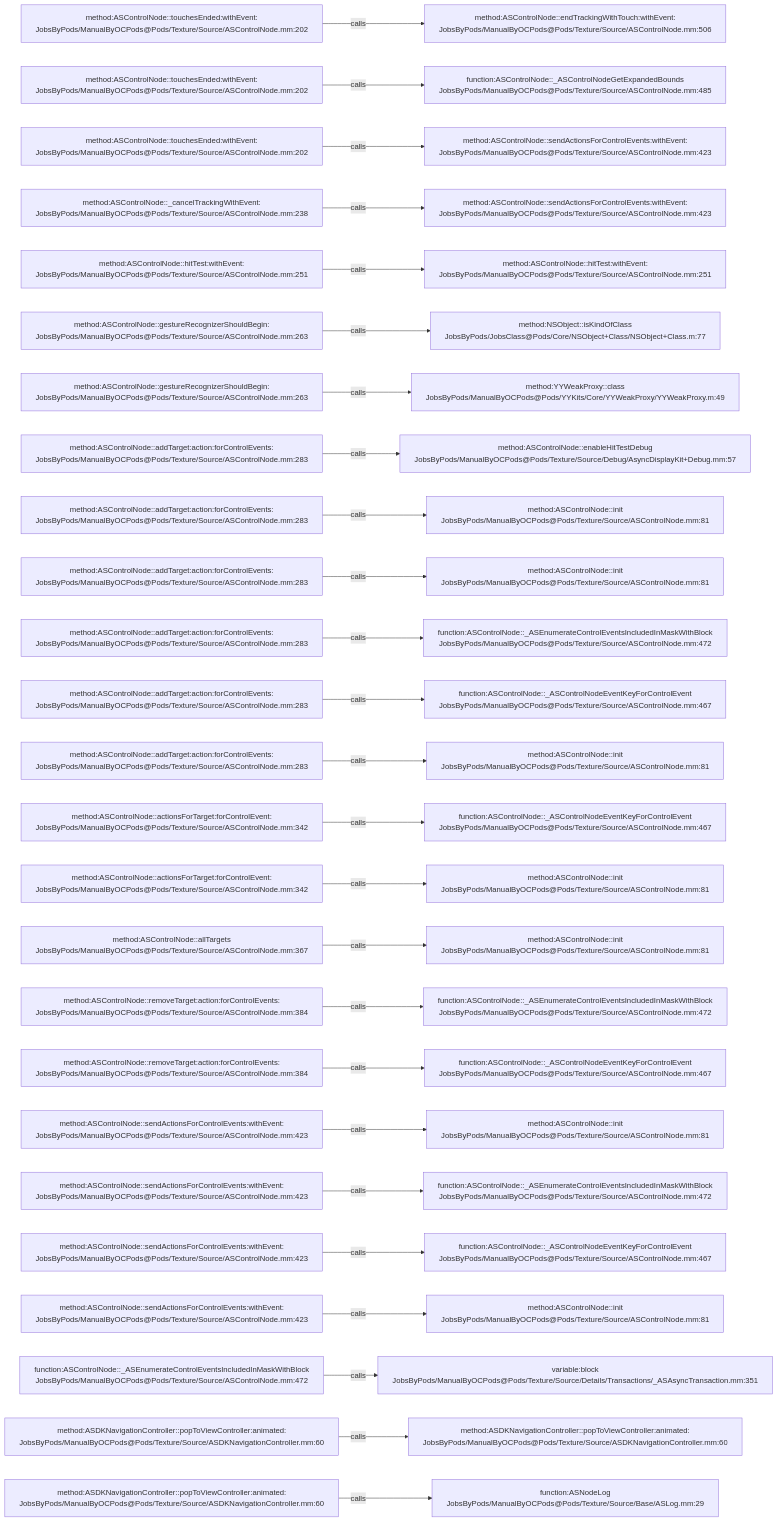
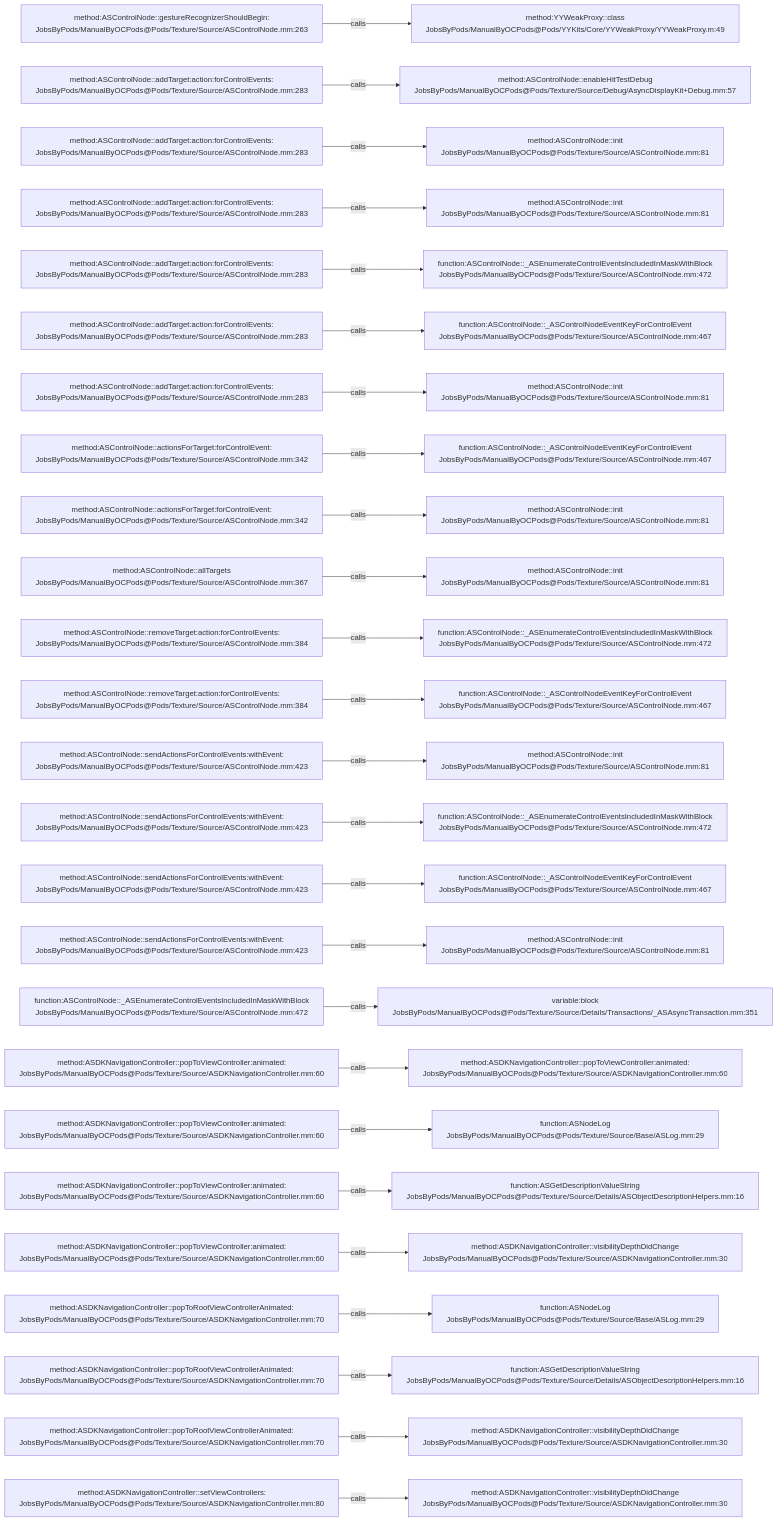
The diagram in .codegraph/codegraph.md/graphs/calls-079.md (JobsKits/JobsOCBaseConfigDemo), drawn with Mermaid before and after one commit. The commit also changed 666 other files, not shown here.

````diff
--- a/.codegraph/codegraph.md/graphs/calls-079.md
+++ b/.codegraph/codegraph.md/graphs/calls-079.md
@@ -13,78 +13,78 @@
 ```mermaid
 flowchart LR
-  S1["method:ASControlNode::touchesEnded:withEvent:<br/>JobsByPods/ManualByOCPods@Pods/Texture/Source/ASControlNode.mm:202"]
-  T1["method:ASControlNode::endTrackingWithTouch:withEvent:<br/>JobsByPods/ManualByOCPods@Pods/Texture/Source/ASControlNode.mm:506"]
+  S1["method:ASControlNode::gestureRecognizerShouldBegin:<br/>JobsByPods/ManualByOCPods@Pods/Texture/Source/ASControlNode.mm:263"]
+  T1["method:YYWeakProxy::class<br/>JobsByPods/ManualByOCPods@Pods/YYKits/Core/YYWeakProxy/YYWeakProxy.m:49"]
   S1 -->|calls| T1
-  S2["method:ASControlNode::touchesEnded:withEvent:<br/>JobsByPods/ManualByOCPods@Pods/Texture/Source/ASControlNode.mm:202"]
-  T2["function:ASControlNode::_ASControlNodeGetExpandedBounds<br/>JobsByPods/ManualByOCPods@Pods/Texture/Source/ASControlNode.mm:485"]
+  S2["method:ASControlNode::addTarget:action:forControlEvents:<br/>JobsByPods/ManualByOCPods@Pods/Texture/Source/ASControlNode.mm:283"]
+  T2["method:ASControlNode::enableHitTestDebug<br/>JobsByPods/ManualByOCPods@Pods/Texture/Source/Debug/AsyncDisplayKit+Debug.mm:57"]
   S2 -->|calls| T2
-  S3["method:ASControlNode::touchesEnded:withEvent:<br/>JobsByPods/ManualByOCPods@Pods/Texture/Source/ASControlNode.mm:202"]
-  T3["method:ASControlNode::sendActionsForControlEvents:withEvent:<br/>JobsByPods/ManualByOCPods@Pods/Texture/Source/ASControlNode.mm:423"]
+  S3["method:ASControlNode::addTarget:action:forControlEvents:<br/>JobsByPods/ManualByOCPods@Pods/Texture/Source/ASControlNode.mm:283"]
+  T3["method:ASControlNode::init<br/>JobsByPods/ManualByOCPods@Pods/Texture/Source/ASControlNode.mm:81"]
   S3 -->|calls| T3
-  S4["method:ASControlNode::_cancelTrackingWithEvent:<br/>JobsByPods/ManualByOCPods@Pods/Texture/Source/ASControlNode.mm:238"]
-  T4["method:ASControlNode::sendActionsForControlEvents:withEvent:<br/>JobsByPods/ManualByOCPods@Pods/Texture/Source/ASControlNode.mm:423"]
+  S4["method:ASControlNode::addTarget:action:forControlEvents:<br/>JobsByPods/ManualByOCPods@Pods/Texture/Source/ASControlNode.mm:283"]
+  T4["method:ASControlNode::init<br/>JobsByPods/ManualByOCPods@Pods/Texture/Source/ASControlNode.mm:81"]
   S4 -->|calls| T4
-  S5["method:ASControlNode::hitTest:withEvent:<br/>JobsByPods/ManualByOCPods@Pods/Texture/Source/ASControlNode.mm:251"]
-  T5["method:ASControlNode::hitTest:withEvent:<br/>JobsByPods/ManualByOCPods@Pods/Texture/Source/ASControlNode.mm:251"]
+  S5["method:ASControlNode::addTarget:action:forControlEvents:<br/>JobsByPods/ManualByOCPods@Pods/Texture/Source/ASControlNode.mm:283"]
+  T5["function:ASControlNode::_ASEnumerateControlEventsIncludedInMaskWithBlock<br/>JobsByPods/ManualByOCPods@Pods/Texture/Source/ASControlNode.mm:472"]
   S5 -->|calls| T5
-  S6["method:ASControlNode::gestureRecognizerShouldBegin:<br/>JobsByPods/ManualByOCPods@Pods/Texture/Source/ASControlNode.mm:263"]
-  T6["method:NSObject::isKindOfClass<br/>JobsByPods/JobsClass@Pods/Core/NSObject+Class/NSObject+Class.m:77"]
+  S6["method:ASControlNode::addTarget:action:forControlEvents:<br/>JobsByPods/ManualByOCPods@Pods/Texture/Source/ASControlNode.mm:283"]
+  T6["function:ASControlNode::_ASControlNodeEventKeyForControlEvent<br/>JobsByPods/ManualByOCPods@Pods/Texture/Source/ASControlNode.mm:467"]
   S6 -->|calls| T6
-  S7["method:ASControlNode::gestureRecognizerShouldBegin:<br/>JobsByPods/ManualByOCPods@Pods/Texture/Source/ASControlNode.mm:263"]
-  T7["method:YYWeakProxy::class<br/>JobsByPods/ManualByOCPods@Pods/YYKits/Core/YYWeakProxy/YYWeakProxy.m:49"]
+  S7["method:ASControlNode::addTarget:action:forControlEvents:<br/>JobsByPods/ManualByOCPods@Pods/Texture/Source/ASControlNode.mm:283"]
+  T7["method:ASControlNode::init<br/>JobsByPods/ManualByOCPods@Pods/Texture/Source/ASControlNode.mm:81"]
   S7 -->|calls| T7
-  S8["method:ASControlNode::addTarget:action:forControlEvents:<br/>JobsByPods/ManualByOCPods@Pods/Texture/Source/ASControlNode.mm:283"]
-  T8["method:ASControlNode::enableHitTestDebug<br/>JobsByPods/ManualByOCPods@Pods/Texture/Source/Debug/AsyncDisplayKit+Debug.mm:57"]
+  S8["method:ASControlNode::actionsForTarget:forControlEvent:<br/>JobsByPods/ManualByOCPods@Pods/Texture/Source/ASControlNode.mm:342"]
+  T8["function:ASControlNode::_ASControlNodeEventKeyForControlEvent<br/>JobsByPods/ManualByOCPods@Pods/Texture/Source/ASControlNode.mm:467"]
   S8 -->|calls| T8
-  S9["method:ASControlNode::addTarget:action:forControlEvents:<br/>JobsByPods/ManualByOCPods@Pods/Texture/Source/ASControlNode.mm:283"]
+  S9["method:ASControlNode::actionsForTarget:forControlEvent:<br/>JobsByPods/ManualByOCPods@Pods/Texture/Source/ASControlNode.mm:342"]
   T9["method:ASControlNode::init<br/>JobsByPods/ManualByOCPods@Pods/Texture/Source/ASControlNode.mm:81"]
   S9 -->|calls| T9
-  S10["method:ASControlNode::addTarget:action:forControlEvents:<br/>JobsByPods/ManualByOCPods@Pods/Texture/Source/ASControlNode.mm:283"]
+  S10["method:ASControlNode::allTargets<br/>JobsByPods/ManualByOCPods@Pods/Texture/Source/ASControlNode.mm:367"]
   T10["method:ASControlNode::init<br/>JobsByPods/ManualByOCPods@Pods/Texture/Source/ASControlNode.mm:81"]
   S10 -->|calls| T10
-  S11["method:ASControlNode::addTarget:action:forControlEvents:<br/>JobsByPods/ManualByOCPods@Pods/Texture/Source/ASControlNode.mm:283"]
+  S11["method:ASControlNode::removeTarget:action:forControlEvents:<br/>JobsByPods/ManualByOCPods@Pods/Texture/Source/ASControlNode.mm:384"]
   T11["function:ASControlNode::_ASEnumerateControlEventsIncludedInMaskWithBlock<br/>JobsByPods/ManualByOCPods@Pods/Texture/Source/ASControlNode.mm:472"]
   S11 -->|calls| T11
-  S12["method:ASControlNode::addTarget:action:forControlEvents:<br/>JobsByPods/ManualByOCPods@Pods/Texture/Source/ASControlNode.mm:283"]
+  S12["method:ASControlNode::removeTarget:action:forControlEvents:<br/>JobsByPods/ManualByOCPods@Pods/Texture/Source/ASControlNode.mm:384"]
   T12["function:ASControlNode::_ASControlNodeEventKeyForControlEvent<br/>JobsByPods/ManualByOCPods@Pods/Texture/Source/ASControlNode.mm:467"]
   S12 -->|calls| T12
-  S13["method:ASControlNode::addTarget:action:forControlEvents:<br/>JobsByPods/ManualByOCPods@Pods/Texture/Source/ASControlNode.mm:283"]
+  S13["method:ASControlNode::sendActionsForControlEvents:withEvent:<br/>JobsByPods/ManualByOCPods@Pods/Texture/Source/ASControlNode.mm:423"]
   T13["method:ASControlNode::init<br/>JobsByPods/ManualByOCPods@Pods/Texture/Source/ASControlNode.mm:81"]
   S13 -->|calls| T13
-  S14["method:ASControlNode::actionsForTarget:forControlEvent:<br/>JobsByPods/ManualByOCPods@Pods/Texture/Source/ASControlNode.mm:342"]
-  T14["function:ASControlNode::_ASControlNodeEventKeyForControlEvent<br/>JobsByPods/ManualByOCPods@Pods/Texture/Source/ASControlNode.mm:467"]
+  S14["method:ASControlNode::sendActionsForControlEvents:withEvent:<br/>JobsByPods/ManualByOCPods@Pods/Texture/Source/ASControlNode.mm:423"]
+  T14["function:ASControlNode::_ASEnumerateControlEventsIncludedInMaskWithBlock<br/>JobsByPods/ManualByOCPods@Pods/Texture/Source/ASControlNode.mm:472"]
   S14 -->|calls| T14
-  S15["method:ASControlNode::actionsForTarget:forControlEvent:<br/>JobsByPods/ManualByOCPods@Pods/Texture/Source/ASControlNode.mm:342"]
-  T15["method:ASControlNode::init<br/>JobsByPods/ManualByOCPods@Pods/Texture/Source/ASControlNode.mm:81"]
+  S15["method:ASControlNode::sendActionsForControlEvents:withEvent:<br/>JobsByPods/ManualByOCPods@Pods/Texture/Source/ASControlNode.mm:423"]
+  T15["function:ASControlNode::_ASControlNodeEventKeyForControlEvent<br/>JobsByPods/ManualByOCPods@Pods/Texture/Source/ASControlNode.mm:467"]
   S15 -->|calls| T15
-  S16["method:ASControlNode::allTargets<br/>JobsByPods/ManualByOCPods@Pods/Texture/Source/ASControlNode.mm:367"]
+  S16["method:ASControlNode::sendActionsForControlEvents:withEvent:<br/>JobsByPods/ManualByOCPods@Pods/Texture/Source/ASControlNode.mm:423"]
   T16["method:ASControlNode::init<br/>JobsByPods/ManualByOCPods@Pods/Texture/Source/ASControlNode.mm:81"]
   S16 -->|calls| T16
-  S17["method:ASControlNode::removeTarget:action:forControlEvents:<br/>JobsByPods/ManualByOCPods@Pods/Texture/Source/ASControlNode.mm:384"]
-  T17["function:ASControlNode::_ASEnumerateControlEventsIncludedInMaskWithBlock<br/>JobsByPods/ManualByOCPods@Pods/Texture/Source/ASControlNode.mm:472"]
+  S17["function:ASControlNode::_ASEnumerateControlEventsIncludedInMaskWithBlock<br/>JobsByPods/ManualByOCPods@Pods/Texture/Source/ASControlNode.mm:472"]
+  T17["variable:block<br/>JobsByPods/ManualByOCPods@Pods/Texture/Source/Details/Transactions/_ASAsyncTransaction.mm:351"]
   S17 -->|calls| T17
-  S18["method:ASControlNode::removeTarget:action:forControlEvents:<br/>JobsByPods/ManualByOCPods@Pods/Texture/Source/ASControlNode.mm:384"]
-  T18["function:ASControlNode::_ASControlNodeEventKeyForControlEvent<br/>JobsByPods/ManualByOCPods@Pods/Texture/Source/ASControlNode.mm:467"]
+  S18["method:ASDKNavigationController::popToViewController:animated:<br/>JobsByPods/ManualByOCPods@Pods/Texture/Source/ASDKNavigationController.mm:60"]
+  T18["method:ASDKNavigationController::popToViewController:animated:<br/>JobsByPods/ManualByOCPods@Pods/Texture/Source/ASDKNavigationController.mm:60"]
   S18 -->|calls| T18
-  S19["method:ASControlNode::sendActionsForControlEvents:withEvent:<br/>JobsByPods/ManualByOCPods@Pods/Texture/Source/ASControlNode.mm:423"]
-  T19["method:ASControlNode::init<br/>JobsByPods/ManualByOCPods@Pods/Texture/Source/ASControlNode.mm:81"]
+  S19["method:ASDKNavigationController::popToViewController:animated:<br/>JobsByPods/ManualByOCPods@Pods/Texture/Source/ASDKNavigationController.mm:60"]
+  T19["function:ASNodeLog<br/>JobsByPods/ManualByOCPods@Pods/Texture/Source/Base/ASLog.mm:29"]
   S19 -->|calls| T19
-  S20["method:ASControlNode::sendActionsForControlEvents:withEvent:<br/>JobsByPods/ManualByOCPods@Pods/Texture/Source/ASControlNode.mm:423"]
-  T20["function:ASControlNode::_ASEnumerateControlEventsIncludedInMaskWithBlock<br/>JobsByPods/ManualByOCPods@Pods/Texture/Source/ASControlNode.mm:472"]
+  S20["method:ASDKNavigationController::popToViewController:animated:<br/>JobsByPods/ManualByOCPods@Pods/Texture/Source/ASDKNavigationController.mm:60"]
+  T20["function:ASGetDescriptionValueString<br/>JobsByPods/ManualByOCPods@Pods/Texture/Source/Details/ASObjectDescriptionHelpers.mm:16"]
   S20 -->|calls| T20
-  S21["method:ASControlNode::sendActionsForControlEvents:withEvent:<br/>JobsByPods/ManualByOCPods@Pods/Texture/Source/ASControlNode.mm:423"]
-  T21["function:ASControlNode::_ASControlNodeEventKeyForControlEvent<br/>JobsByPods/ManualByOCPods@Pods/Texture/Source/ASControlNode.mm:467"]
+  S21["method:ASDKNavigationController::popToViewController:animated:<br/>JobsByPods/ManualByOCPods@Pods/Texture/Source/ASDKNavigationController.mm:60"]
+  T21["method:ASDKNavigationController::visibilityDepthDidChange<br/>JobsByPods/ManualByOCPods@Pods/Texture/Source/ASDKNavigationController.mm:30"]
   S21 -->|calls| T21
-  S22["method:ASControlNode::sendActionsForControlEvents:withEvent:<br/>JobsByPods/ManualByOCPods@Pods/Texture/Source/ASControlNode.mm:423"]
-  T22["method:ASControlNode::init<br/>JobsByPods/ManualByOCPods@Pods/Texture/Source/ASControlNode.mm:81"]
+  S22["method:ASDKNavigationController::popToRootViewControllerAnimated:<br/>JobsByPods/ManualByOCPods@Pods/Texture/Source/ASDKNavigationController.mm:70"]
+  T22["function:ASNodeLog<br/>JobsByPods/ManualByOCPods@Pods/Texture/Source/Base/ASLog.mm:29"]
   S22 -->|calls| T22
-  S23["function:ASControlNode::_ASEnumerateControlEventsIncludedInMaskWithBlock<br/>JobsByPods/ManualByOCPods@Pods/Texture/Source/ASControlNode.mm:472"]
-  T23["variable:block<br/>JobsByPods/ManualByOCPods@Pods/Texture/Source/Details/Transactions/_ASAsyncTransaction.mm:351"]
+  S23["method:ASDKNavigationController::popToRootViewControllerAnimated:<br/>JobsByPods/ManualByOCPods@Pods/Texture/Source/ASDKNavigationController.mm:70"]
+  T23["function:ASGetDescriptionValueString<br/>JobsByPods/ManualByOCPods@Pods/Texture/Source/Details/ASObjectDescriptionHelpers.mm:16"]
   S23 -->|calls| T23
-  S24["method:ASDKNavigationController::popToViewController:animated:<br/>JobsByPods/ManualByOCPods@Pods/Texture/Source/ASDKNavigationController.mm:60"]
-  T24["method:ASDKNavigationController::popToViewController:animated:<br/>JobsByPods/ManualByOCPods@Pods/Texture/Source/ASDKNavigationController.mm:60"]
+  S24["method:ASDKNavigationController::popToRootViewControllerAnimated:<br/>JobsByPods/ManualByOCPods@Pods/Texture/Source/ASDKNavigationController.mm:70"]
+  T24["method:ASDKNavigationController::visibilityDepthDidChange<br/>JobsByPods/ManualByOCPods@Pods/Texture/Source/ASDKNavigationController.mm:30"]
   S24 -->|calls| T24
-  S25["method:ASDKNavigationController::popToViewController:animated:<br/>JobsByPods/ManualByOCPods@Pods/Texture/Source/ASDKNavigationController.mm:60"]
-  T25["function:ASNodeLog<br/>JobsByPods/ManualByOCPods@Pods/Texture/Source/Base/ASLog.mm:29"]
+  S25["method:ASDKNavigationController::setViewControllers:<br/>JobsByPods/ManualByOCPods@Pods/Texture/Source/ASDKNavigationController.mm:80"]
+  T25["method:ASDKNavigationController::visibilityDepthDidChange<br/>JobsByPods/ManualByOCPods@Pods/Texture/Source/ASDKNavigationController.mm:30"]
   S25 -->|calls| T25
 ```
````
